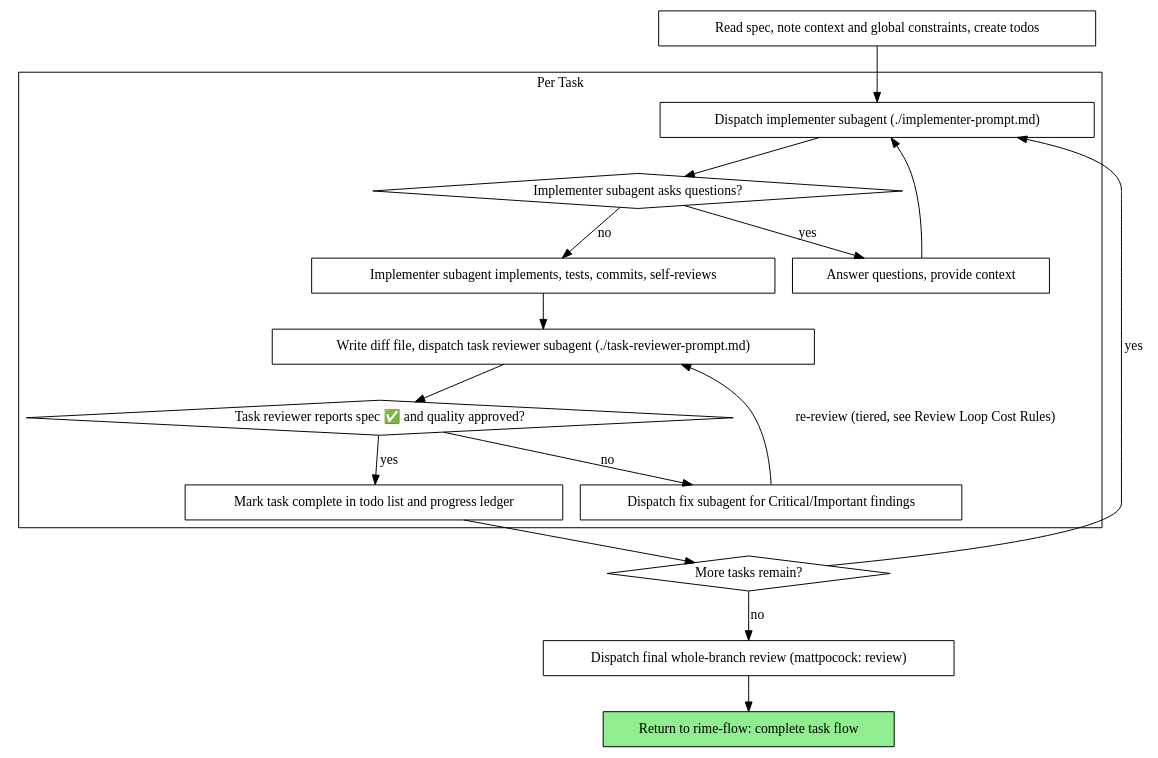
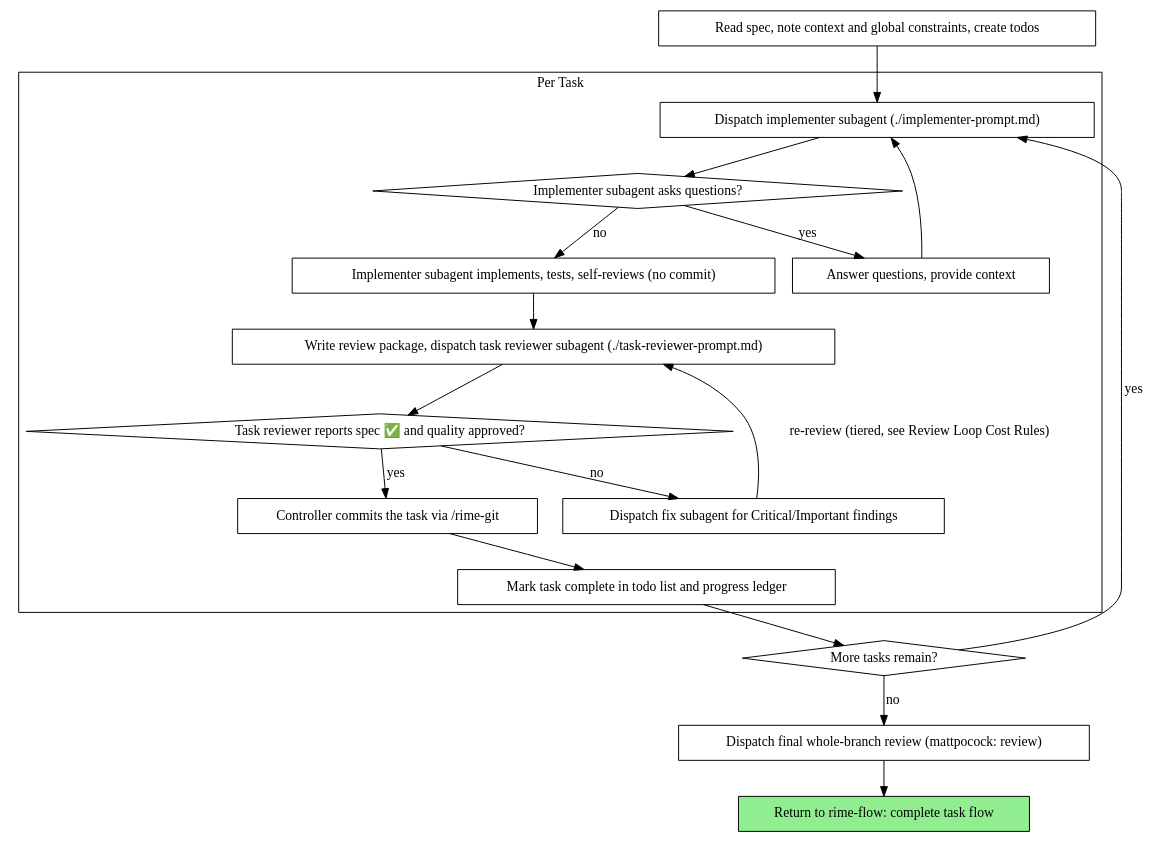
One commit to josui/rime-craft changed the second of 2 diagrams in skills/rime-sdd/SKILL.md. Above: the diagram before and after it, drawn with Graphviz. The commit also changed other lines of this file and 4 other files, not shown here.

````diff
--- a/skills/rime-sdd/SKILL.md
+++ b/skills/rime-sdd/SKILL.md
@@ -54,37 +58,39 @@
 ```dot
 digraph process {
     rankdir=TB;
 
     subgraph cluster_per_task {
         label="Per Task";
         "Dispatch implementer subagent (./implementer-prompt.md)" [shape=box];
         "Implementer subagent asks questions?" [shape=diamond];
         "Answer questions, provide context" [shape=box];
-        "Implementer subagent implements, tests, commits, self-reviews" [shape=box];
-        "Write diff file, dispatch task reviewer subagent (./task-reviewer-prompt.md)" [shape=box];
+        "Implementer subagent implements, tests, self-reviews (no commit)" [shape=box];
+        "Write review package, dispatch task reviewer subagent (./task-reviewer-prompt.md)" [shape=box];
         "Task reviewer reports spec ✅ and quality approved?" [shape=diamond];
         "Dispatch fix subagent for Critical/Important findings" [shape=box];
+        "Controller commits the task via /rime-git" [shape=box];
         "Mark task complete in todo list and progress ledger" [shape=box];
     }
 
     "Read spec, note context and global constraints, create todos" [shape=box];
     "More tasks remain?" [shape=diamond];
     "Dispatch final whole-branch review (mattpocock: review)" [shape=box];
     "Return to rime-flow: complete task flow" [shape=box style=filled fillcolor=lightgreen];
 
     "Read spec, note context and global constraints, create todos" -> "Dispatch implementer subagent (./implementer-prompt.md)";
     "Dispatch implementer subagent (./implementer-prompt.md)" -> "Implementer subagent asks questions?";
     "Implementer subagent asks questions?" -> "Answer questions, provide context" [label="yes"];
     "Answer questions, provide context" -> "Dispatch implementer subagent (./implementer-prompt.md)";
-    "Implementer subagent asks questions?" -> "Implementer subagent implements, tests, commits, self-reviews" [label="no"];
-    "Implementer subagent implements, tests, commits, self-reviews" -> "Write diff file, dispatch task reviewer subagent (./task-reviewer-prompt.md)";
-    "Write diff file, dispatch task reviewer subagent (./task-reviewer-prompt.md)" -> "Task reviewer reports spec ✅ and quality approved?";
+    "Implementer subagent asks questions?" -> "Implementer subagent implements, tests, self-reviews (no commit)" [label="no"];
+    "Implementer subagent implements, tests, self-reviews (no commit)" -> "Write review package, dispatch task reviewer subagent (./task-reviewer-prompt.md)";
+    "Write review package, dispatch task reviewer subagent (./task-reviewer-prompt.md)" -> "Task reviewer reports spec ✅ and quality approved?";
     "Task reviewer reports spec ✅ and quality approved?" -> "Dispatch fix subagent for Critical/Important findings" [label="no"];
-    "Dispatch fix subagent for Critical/Important findings" -> "Write diff file, dispatch task reviewer subagent (./task-reviewer-prompt.md)" [label="re-review (tiered, see Review Loop Cost Rules)"];
-    "Task reviewer reports spec ✅ and quality approved?" -> "Mark task complete in todo list and progress ledger" [label="yes"];
+    "Dispatch fix subagent for Critical/Important findings" -> "Write review package, dispatch task reviewer subagent (./task-reviewer-prompt.md)" [label="re-review (tiered, see Review Loop Cost Rules)"];
+    "Task reviewer reports spec ✅ and quality approved?" -> "Controller commits the task via /rime-git" [label="yes"];
+    "Controller commits the task via /rime-git" -> "Mark task complete in todo list and progress ledger";
     "Mark task complete in todo list and progress ledger" -> "More tasks remain?";
     "More tasks remain?" -> "Dispatch implementer subagent (./implementer-prompt.md)" [label="yes"];
     "More tasks remain?" -> "Dispatch final whole-branch review (mattpocock: review)" [label="no"];
     "Dispatch final whole-branch review (mattpocock: review)" -> "Return to rime-flow: complete task flow";
 }
 ```
````
